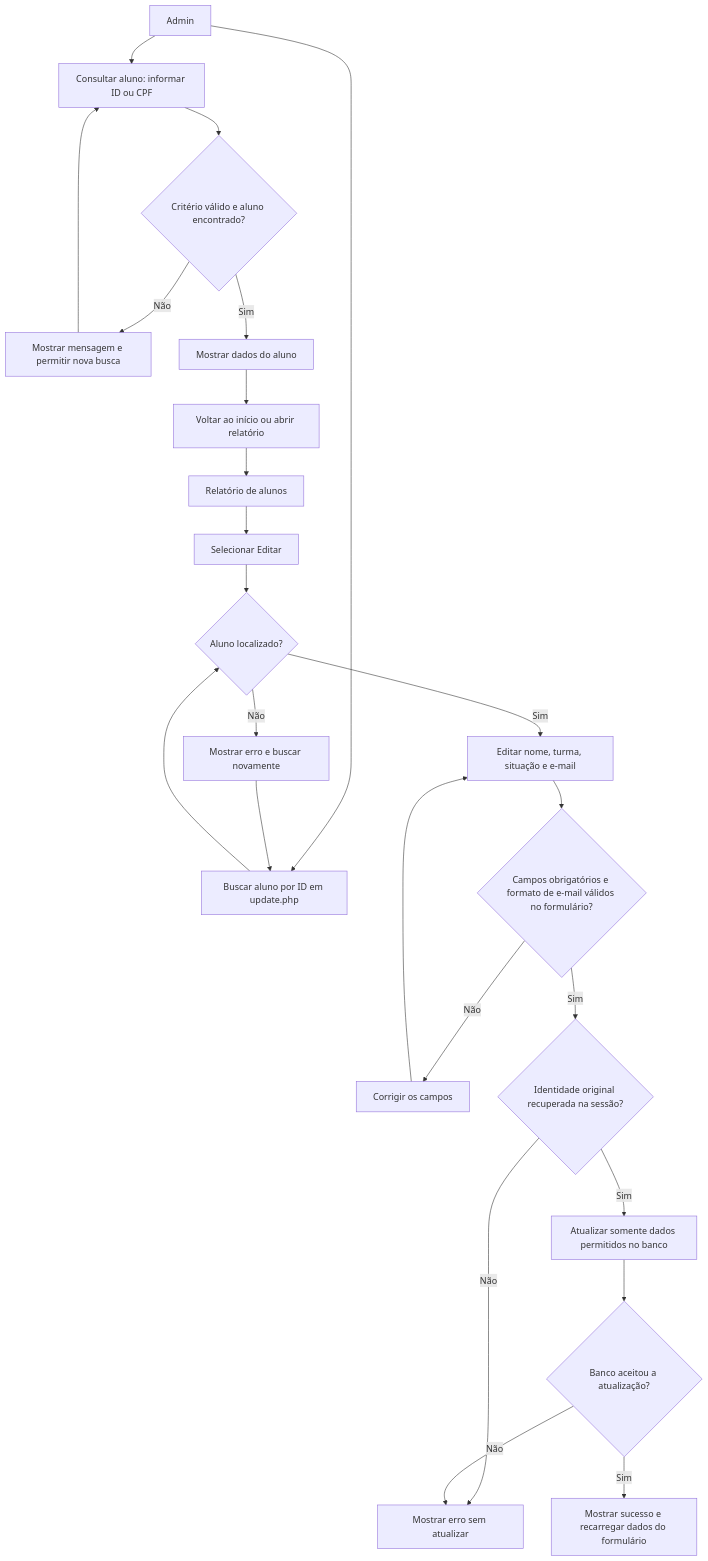
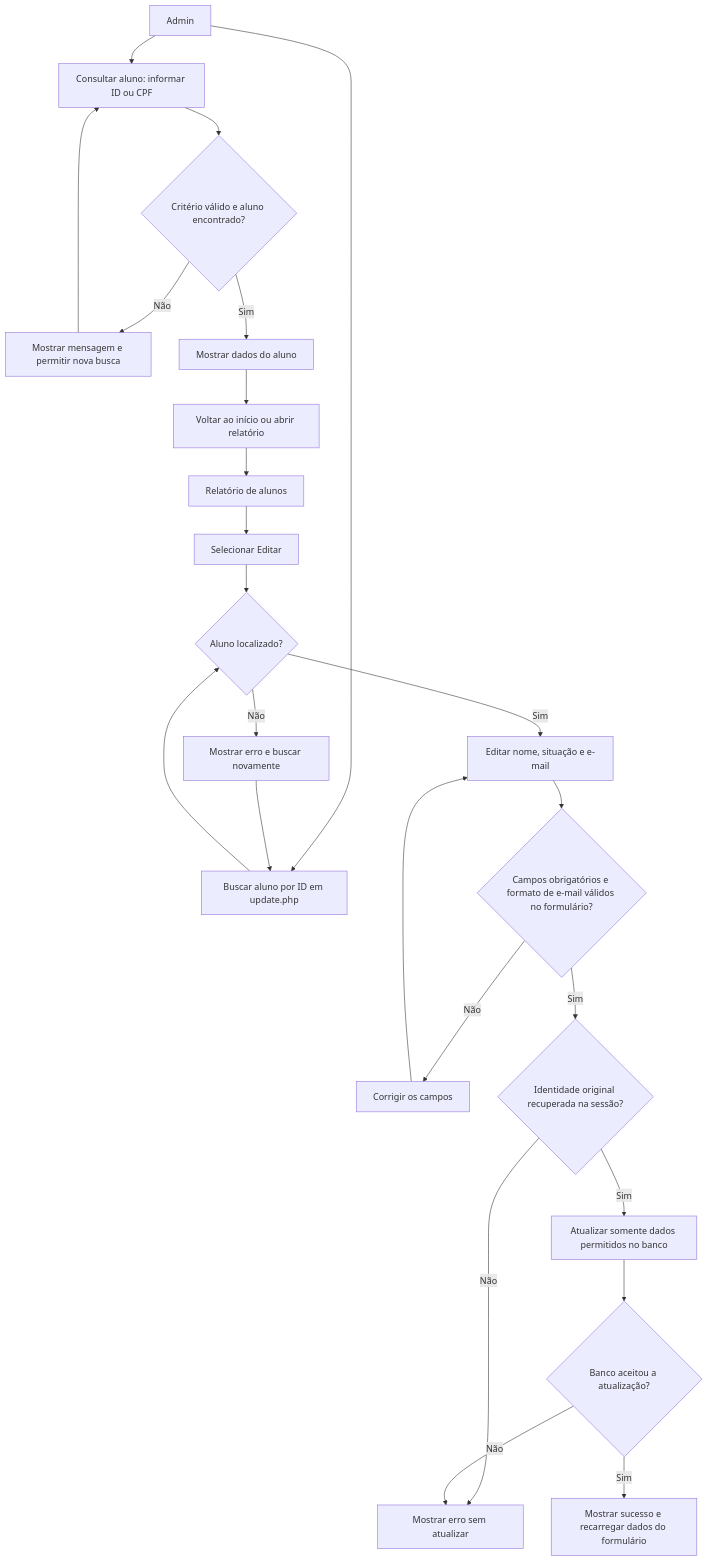
One commit to Matheus-Talasso-Gil/Impulsos-Cursos changed diagram 11 of 13 in diagrama.md. Above: the diagram before and after it, drawn with Mermaid. The commit also changed other lines of this file and 17 other files, not shown here.

````diff
--- a/diagrama.md
+++ b/diagrama.md
@@ -279,26 +279,26 @@
 ```mermaid
 flowchart TD
     Admin["Admin"] --> Consulta["Consultar aluno: informar ID ou CPF"]
     Consulta --> Encontrado{"Critério válido e aluno encontrado?"}
     Encontrado -->|Não| Mensagem["Mostrar mensagem e permitir nova busca"]
     Mensagem --> Consulta
     Encontrado -->|Sim| Dados["Mostrar dados do aluno"]
     Dados --> Voltar["Voltar ao início ou abrir relatório"]
     Voltar --> Relatorio["Relatório de alunos"]
     Relatorio --> Selecionar["Selecionar Editar"]
     Admin --> BuscaEdicao["Buscar aluno por ID em update.php"]
     BuscaEdicao --> Carregar{"Aluno localizado?"}
     Selecionar --> Carregar
     Carregar -->|Não| ErroBusca["Mostrar erro e buscar novamente"]
     ErroBusca --> BuscaEdicao
-    Carregar -->|Sim| Editar["Editar nome, turma, situação e e-mail"]
+    Carregar -->|Sim| Editar["Editar nome, situação e e-mail"]
     Editar --> Campos{"Campos obrigatórios e formato de e-mail válidos no formulário?"}
     Campos -->|Não| Corrigir["Corrigir os campos"]
     Corrigir --> Editar
     Campos -->|Sim| Original{"Identidade original recuperada na sessão?"}
     Original -->|Não| Erro["Mostrar erro sem atualizar"]
     Original -->|Sim| Atualizar["Atualizar somente dados permitidos no banco"]
     Atualizar --> Gravou{"Banco aceitou a atualização?"}
     Gravou -->|Não| Erro
     Gravou -->|Sim| Sucesso["Mostrar sucesso e recarregar dados do formulário"]
 ```
````
